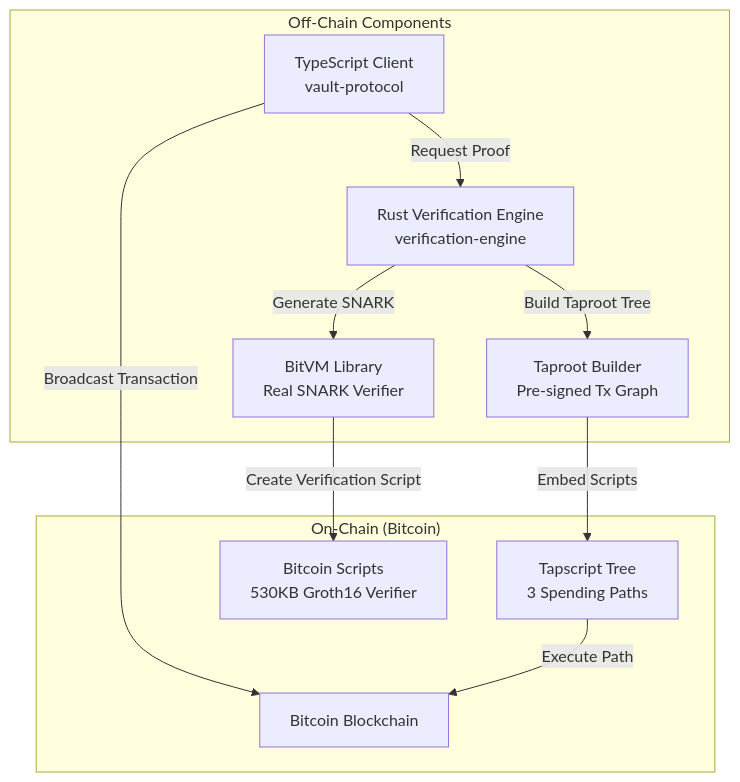
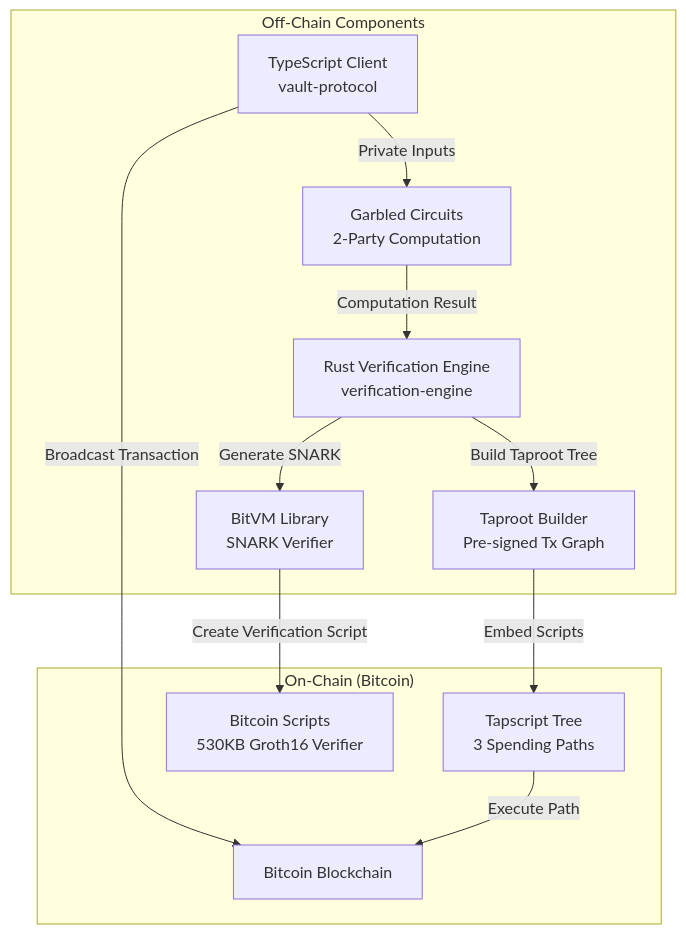
The first of 2 diagrams in bitvm/example/README.md (finiteloopme/dcentral-labs), drawn with Mermaid before and after one commit. The commit also changed other lines of this file and 6 other files, not shown here.

Commit message:
Using garbled circuits

````diff
--- a/bitvm/example/README.md
+++ b/bitvm/example/README.md
@@ -14,23 +32,25 @@
 ```mermaid
 graph TB
     subgraph "Off-Chain Components"
         Client[TypeScript Client<br/>vault-protocol]
         Server[Rust Verification Engine<br/>verification-engine]
-        BitVM[BitVM Library<br/>Real SNARK Verifier]
+        GC[Garbled Circuits<br/>2-Party Computation]
+        BitVM[BitVM Library<br/>SNARK Verifier]
         Taproot[Taproot Builder<br/>Pre-signed Tx Graph]
     end
     
     subgraph "On-Chain (Bitcoin)"
         TapScript[Tapscript Tree<br/>3 Spending Paths]
         Scripts[Bitcoin Scripts<br/>530KB Groth16 Verifier]
         Blockchain[Bitcoin Blockchain]
     end
     
-    Client -->|Request Proof| Server
+    Client -->|Private Inputs| GC
+    GC -->|Computation Result| Server
     Server -->|Generate SNARK| BitVM
     Server -->|Build Taproot Tree| Taproot
     BitVM -->|Create Verification Script| Scripts
     Taproot -->|Embed Scripts| TapScript
     Client -->|Broadcast Transaction| Blockchain
     TapScript -->|Execute Path| Blockchain
 ```
````
